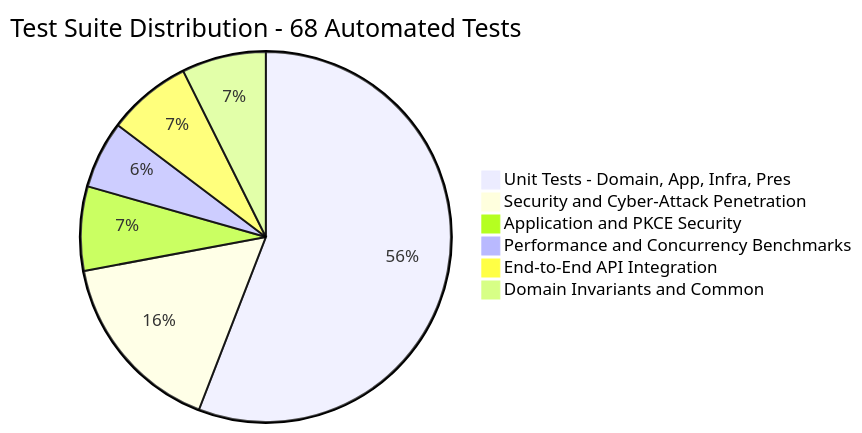
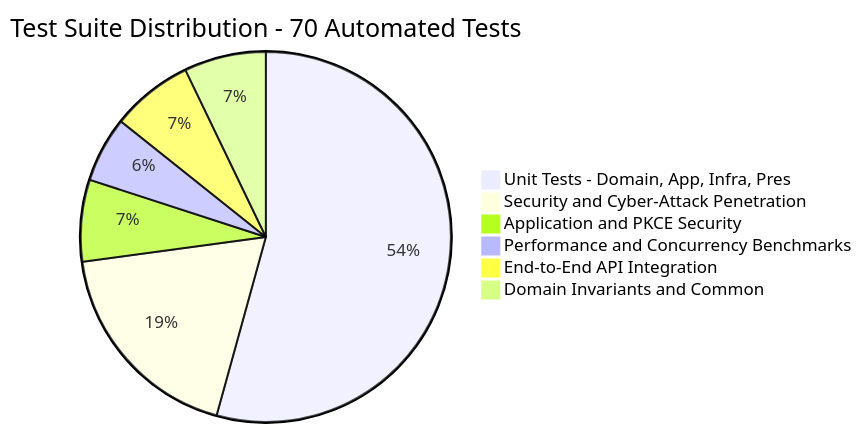
The diagram in docs/05_test_design.md (Jaga1999/CPPBackendApi), drawn with Mermaid before and after one commit. The commit also changed other lines of this file and 5 other files, not shown here.

Commit message:
Documented RFC 7636 PKCE privacy architecture, updated OpenAPI spec, and expanded test documentation to 70 tests

````diff
--- a/docs/05_test_design.md
+++ b/docs/05_test_design.md
@@ -21,9 +21,9 @@
 ```mermaid
-pie title Test Suite Distribution - 68 Automated Tests
+pie title Test Suite Distribution - 70 Automated Tests
     "Unit Tests - Domain, App, Infra, Pres" : 38
-    "Security and Cyber-Attack Penetration" : 11
+    "Security and Cyber-Attack Penetration" : 13
     "Application and PKCE Security" : 5
     "Performance and Concurrency Benchmarks" : 4
     "End-to-End API Integration" : 5
     "Domain Invariants and Common" : 5
 ```
````
